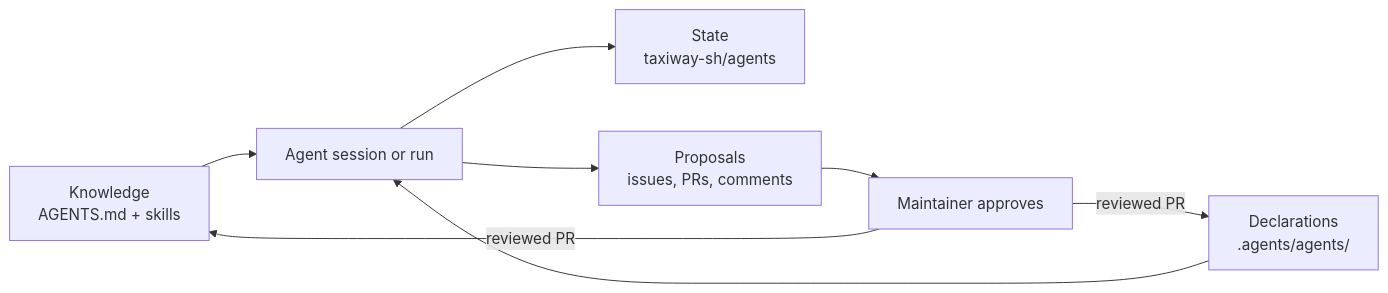
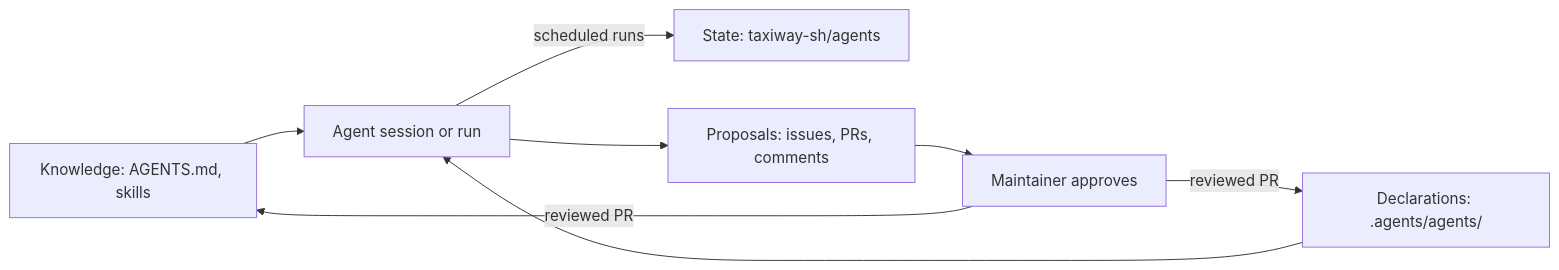
One commit to taxiway-sh/taxiway changed the diagram in docs/contributing/agentic-system.md. Above: the diagram before and after it, drawn with Mermaid. The commit also changed other lines of this file, not shown here.

````diff
--- a/docs/contributing/agentic-system.md
+++ b/docs/contributing/agentic-system.md
@@ -49,10 +51,10 @@
 ```mermaid
 flowchart LR
-  K["Knowledge<br/>AGENTS.md + skills"] --> R["Agent session or run"]
-  D["Declarations<br/>.agents/agents/"] --> R
-  R --> S["State<br/>taxiway-sh/agents"]
-  R --> P["Proposals<br/>issues, PRs, comments"]
+  K["Knowledge: AGENTS.md, skills"] --> R["Agent session or run"]
+  D["Declarations: .agents/agents/"] --> R
+  R -->|"scheduled runs"| S["State: taxiway-sh/agents"]
+  R --> P["Proposals: issues, PRs, comments"]
   P --> M["Maintainer approves"]
   M -->|"reviewed PR"| K
   M -->|"reviewed PR"| D
 ```
````
